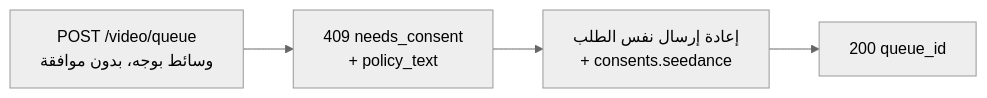
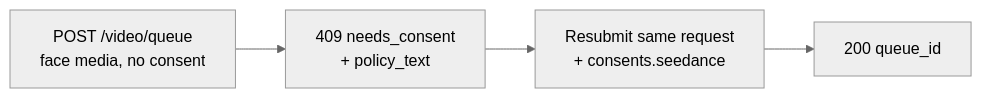
One commit to veniceai/api-docs changed the diagram in ar/guides/media/seedance-face-consent.mdx. Above: the diagram before and after it, drawn with Mermaid (neutral theme). The commit also changed other lines of this file and 15 other files, not shown here.

````diff
--- a/ar/guides/media/seedance-face-consent.mdx
+++ b/ar/guides/media/seedance-face-consent.mdx
@@ -29,6 +29,6 @@
 ```mermaid
 flowchart LR
-  A[POST /video/queue<br/>وسائط بوجه، بدون موافقة] --> B[409 needs_consent<br/>+ policy_text]
-  B --> C[إعادة إرسال نفس الطلب<br/>+ consents.seedance]
+  A[POST /video/queue<br/>face media, no consent] --> B[409 needs_consent<br/>+ policy_text]
+  B --> C[Resubmit same request<br/>+ consents.seedance]
   C --> D[200 queue_id]
 ```
````
